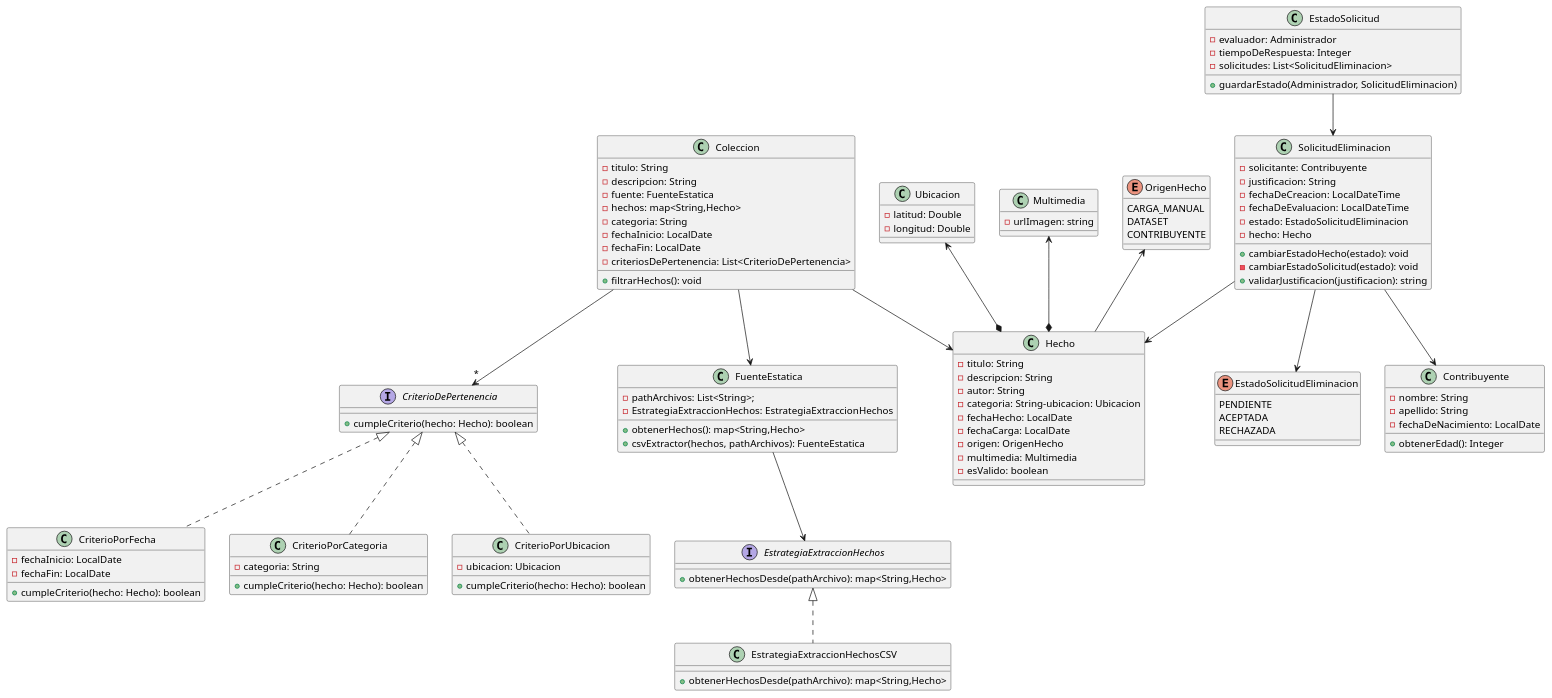
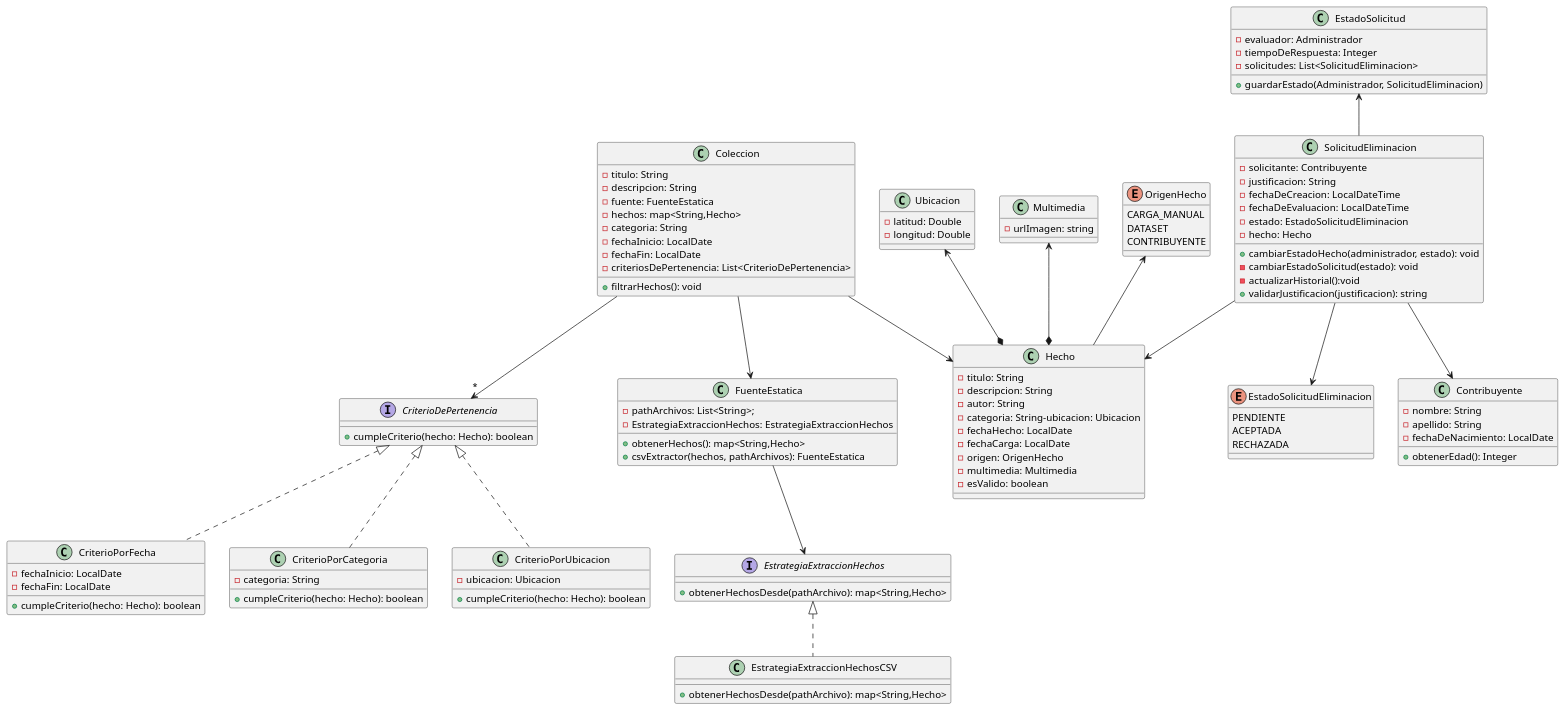
The diagram in src/main/DiagramaDeClases.puml (OslothLAS/ProyectoDeploy), drawn with PlantUML before and after one commit.

Commit message:
Actualización diagrama de clases

```diff
--- a/src/main/DiagramaDeClases.puml
+++ b/src/main/DiagramaDeClases.puml
@@ -1,138 +1,139 @@
 @startuml
 class Coleccion {
     -titulo: String
     -descripcion: String
     -fuente: FuenteEstatica
     -hechos: map<String,Hecho>
     -categoria: String
     -fechaInicio: LocalDate
     -fechaFin: LocalDate
     -criteriosDePertenencia: List<CriterioDePertenencia>
     +filtrarHechos(): void
 }
 
 
 interface CriterioDePertenencia {
     +cumpleCriterio(hecho: Hecho): boolean
 }
 
 
 class CriterioPorFecha implements CriterioDePertenencia {
     -fechaInicio: LocalDate
     -fechaFin: LocalDate
     +cumpleCriterio(hecho: Hecho): boolean
 }
 
 
 class CriterioPorCategoria implements CriterioDePertenencia {
     -categoria: String
     +cumpleCriterio(hecho: Hecho): boolean
 }
 
 
 class CriterioPorUbicacion implements CriterioDePertenencia {
     -ubicacion: Ubicacion
     +cumpleCriterio(hecho: Hecho): boolean
 }
 
 
  class Ubicacion {
    -latitud: Double
    -longitud: Double
  }
 
 
 class SolicitudEliminacion{
     -solicitante: Contribuyente
     -justificacion: String
     -fechaDeCreacion: LocalDateTime
     -fechaDeEvaluacion: LocalDateTime
     -estado: EstadoSolicitudEliminacion
     -hecho: Hecho
-    +cambiarEstadoHecho(estado): void
+    +cambiarEstadoHecho(administrador, estado): void
     -cambiarEstadoSolicitud(estado): void
+    -actualizarHistorial():void
     +validarJustificacion(justificacion): string
 }
 
 class EstadoSolicitud{
     -evaluador: Administrador
     -tiempoDeRespuesta: Integer
     -solicitudes: List<SolicitudEliminacion>
 
     +guardarEstado(Administrador, SolicitudEliminacion)
 
 }
 
 enum EstadoSolicitudEliminacion {
       PENDIENTE
       ACEPTADA
       RECHAZADA
 }
 
 
 class Hecho {
      -titulo: String
      -descripcion: String
      -autor: String
      -categoria: String-ubicacion: Ubicacion
      -fechaHecho: LocalDate
      -fechaCarga: LocalDate
      -origen: OrigenHecho
      -multimedia: Multimedia
      -esValido: boolean
 }
 
 
 
 class Multimedia{
     -urlImagen: string
 }
 
 
 enum OrigenHecho {
     CARGA_MANUAL
     DATASET
     CONTRIBUYENTE
 }
 
 
 class FuenteEstatica{
     -pathArchivos: List<String>;
     -EstrategiaExtraccionHechos: EstrategiaExtraccionHechos
     +obtenerHechos(): map<String,Hecho>
     +csvExtractor(hechos, pathArchivos): FuenteEstatica
 }
 
 
 interface EstrategiaExtraccionHechos{
     +obtenerHechosDesde(pathArchivo): map<String,Hecho>
 }
 
 
 class EstrategiaExtraccionHechosCSV implements EstrategiaExtraccionHechos{
     +obtenerHechosDesde(pathArchivo): map<String,Hecho>
 }
 
 
 class Contribuyente{
    -nombre: String
    -apellido: String
    -fechaDeNacimiento: LocalDate
    +obtenerEdad(): Integer
 }
 
 
 
   Coleccion --> FuenteEstatica
   Coleccion --> Hecho
   OrigenHecho <-- Hecho
   Ubicacion <--* Hecho
   SolicitudEliminacion --> Hecho
   SolicitudEliminacion --> Contribuyente
    FuenteEstatica --> EstrategiaExtraccionHechos
   SolicitudEliminacion --> EstadoSolicitudEliminacion
   Coleccion -->"*" CriterioDePertenencia
-  EstadoSolicitud --> SolicitudEliminacion
+  EstadoSolicitud <-- SolicitudEliminacion
 
   Multimedia <--* Hecho
 @enduml
```
